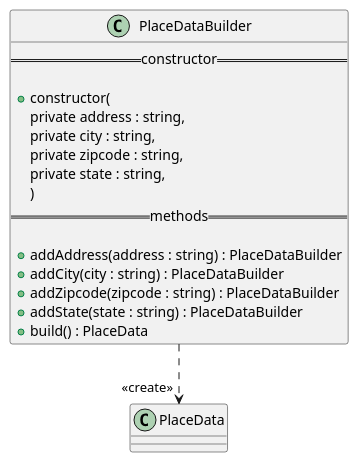
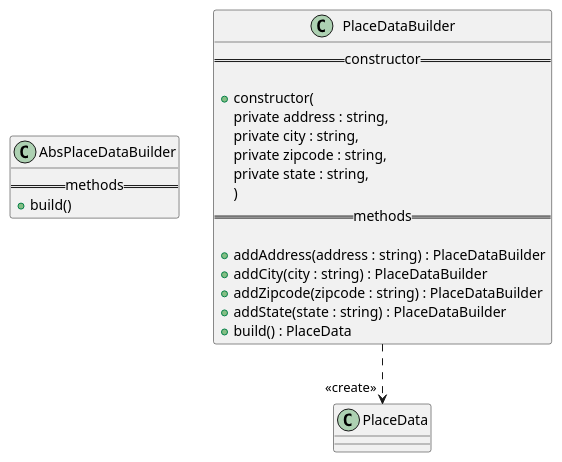
The diagram in docs/diagrams/classes/Place/PlaceDataBuilder.pu (GruppOne/stalker-web-app), drawn with PlantUML before and after one commit. The commit also changed 26 other files, not shown here.

Commit message:
docs: fix class diagrams and add design-pattern diagrams

```diff
--- a/docs/diagrams/classes/Place/PlaceDataBuilder.pu
+++ b/docs/diagrams/classes/Place/PlaceDataBuilder.pu
@@ -1,21 +1,25 @@
 @startuml PlaceDataBuilder Diagram
+class AbsPlaceDataBuilder {
+  ==methods==
+  + build()
+}
 class PlaceDataBuilder {
   ==constructor==
 
   + constructor(
     private address : string,
     private city : string,
     private zipcode : string,
     private state : string,
   )
   ==methods==
 
   + addAddress(address : string) : PlaceDataBuilder
   + addCity(city : string) : PlaceDataBuilder
   + addZipcode(zipcode : string) : PlaceDataBuilder
   + addState(state : string) : PlaceDataBuilder
   + build() : PlaceData
 }
 
 PlaceDataBuilder ..> "<<create>>" PlaceData
 @enduml
```
